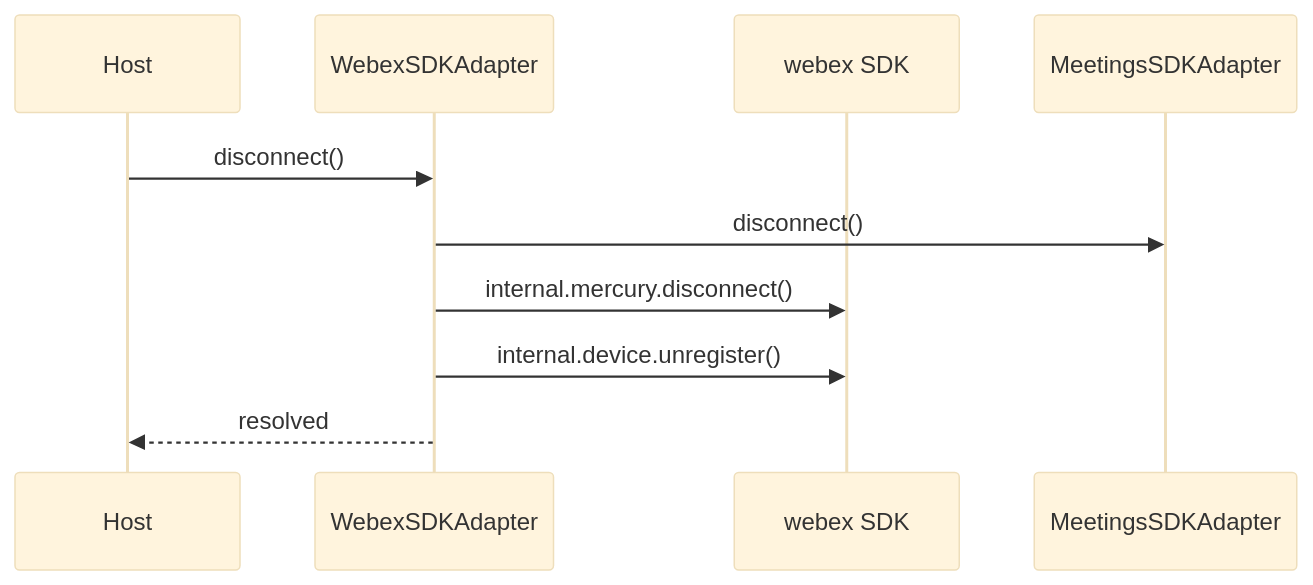
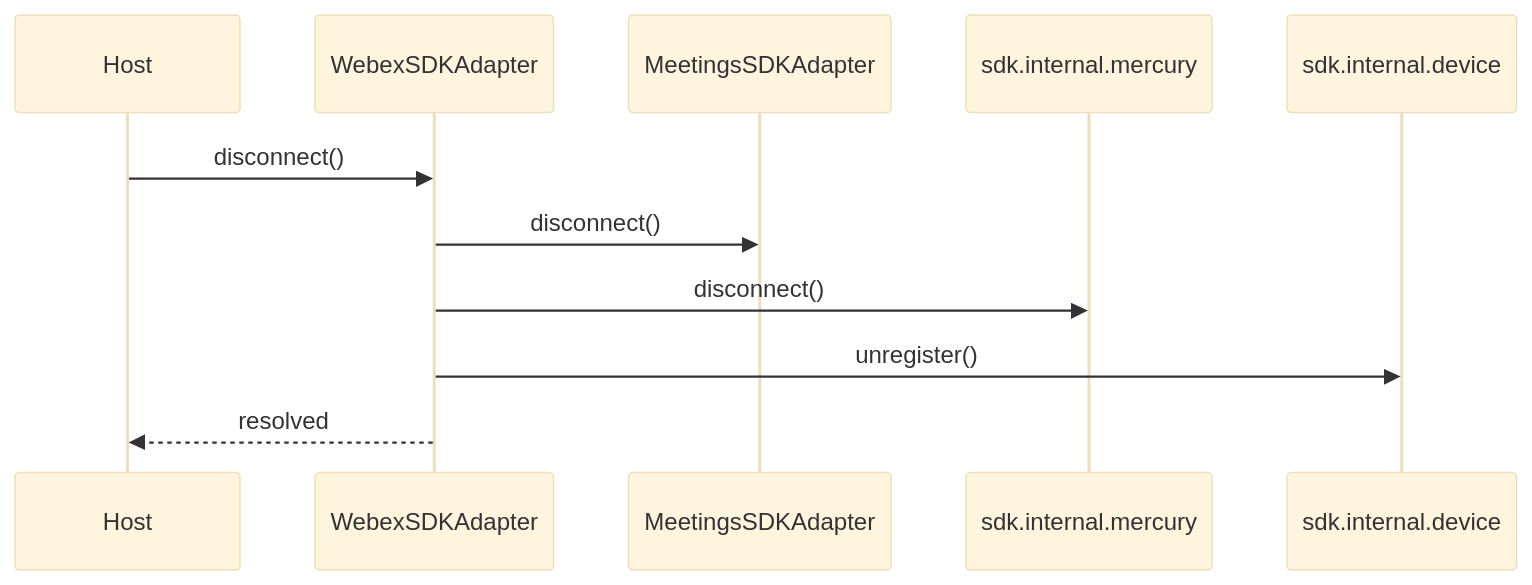
Before and after one commit to webex/sdk-component-adapter: the third of 4 diagrams in src/ai-docs/webex-sdk-adapter-spec.md, drawn with Mermaid (base theme). The commit also changed other lines of this file and 17 other files, not shown here.

````diff
--- a/src/ai-docs/webex-sdk-adapter-spec.md
+++ b/src/ai-docs/webex-sdk-adapter-spec.md
@@ -139,13 +164,14 @@
 ```mermaid
 sequenceDiagram
   participant Host
   participant Facade as WebexSDKAdapter
-  participant SDK as webex SDK
   participant Meetings as MeetingsSDKAdapter
+  participant Mercury as sdk.internal.mercury
+  participant Device as sdk.internal.device
 
   Host->>Facade: disconnect()
   Facade->>Meetings: disconnect()
-  Facade->>SDK: internal.mercury.disconnect()
-  Facade->>SDK: internal.device.unregister()
+  Facade->>Mercury: disconnect()
+  Facade->>Device: unregister()
   Facade-->>Host: resolved
 ```
````
